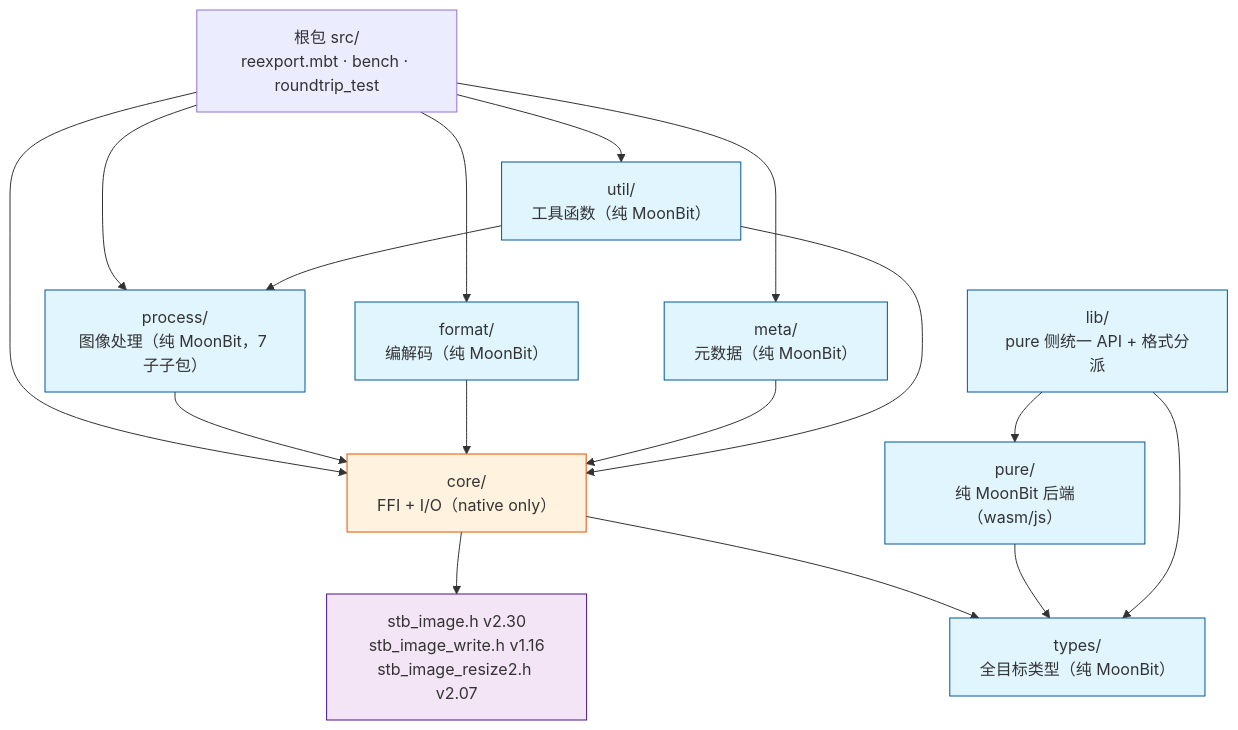
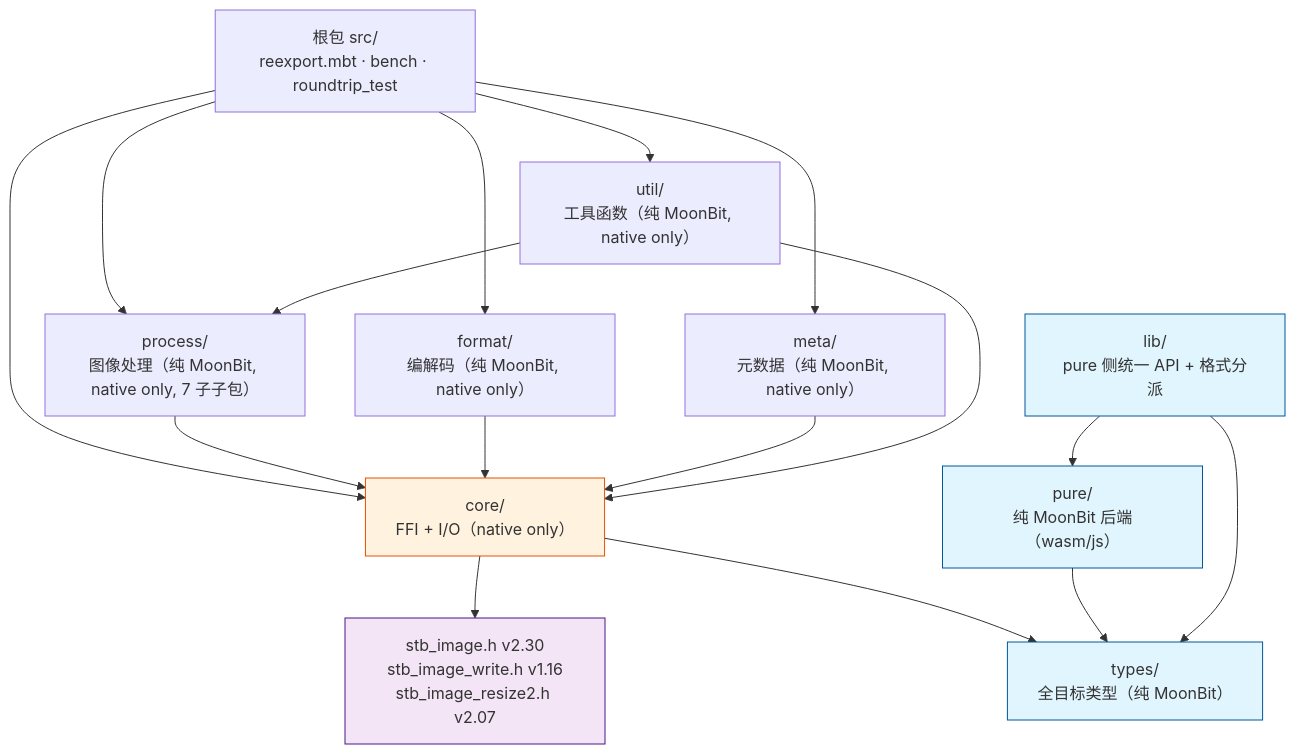
One commit to toadium/stb-image changed the third of 14 diagrams in docs/architecture.md. Above: the diagram before and after it, drawn with Mermaid. The commit also changed other lines of this file and 4 other files, not shown here.

````diff
--- a/docs/architecture.md
+++ b/docs/architecture.md
@@ -142,37 +142,37 @@
 ```mermaid
 flowchart TB
     Root["根包 src/<br/>reexport.mbt · bench · roundtrip_test"]
     Types["types/<br/>全目标类型（纯 MoonBit）"]
     Core["core/<br/>FFI + I/O（native only）"]
-    Process["process/<br/>图像处理（纯 MoonBit，7 子子包）"]
-    Format["format/<br/>编解码（纯 MoonBit）"]
-    Meta["meta/<br/>元数据（纯 MoonBit）"]
-    Util["util/<br/>工具函数（纯 MoonBit）"]
+    Process["process/<br/>图像处理（纯 MoonBit, native only, 7 子子包）"]
+    Format["format/<br/>编解码（纯 MoonBit, native only）"]
+    Meta["meta/<br/>元数据（纯 MoonBit, native only）"]
+    Util["util/<br/>工具函数（纯 MoonBit, native only）"]
     Pure["pure/<br/>纯 MoonBit 后端（wasm/js）"]
     Lib["lib/<br/>pure 侧统一 API + 格式分派"]
 
     Root --> Core
     Root --> Process
     Root --> Format
     Root --> Meta
     Root --> Util
     Core --> Types
     Pure --> Types
     Lib --> Types
     Lib --> Pure
     Process --> Core
     Format --> Core
     Meta --> Core
     Util --> Core
     Util --> Process
 
     Stb["stb_image.h v2.30<br/>stb_image_write.h v1.16<br/>stb_image_resize2.h v2.07"]
     Core --> Stb
 
     classDef pure fill:#e1f5fe,stroke:#01579b
     classDef ffi fill:#fff3e0,stroke:#e65100
     classDef ext fill:#f3e5f5,stroke:#4a148c
-    class Types,Process,Format,Meta,Util,Pure,Lib pure
+    class Types,Pure,Lib pure
     class Core ffi
     class Stb ext
 ```
````
